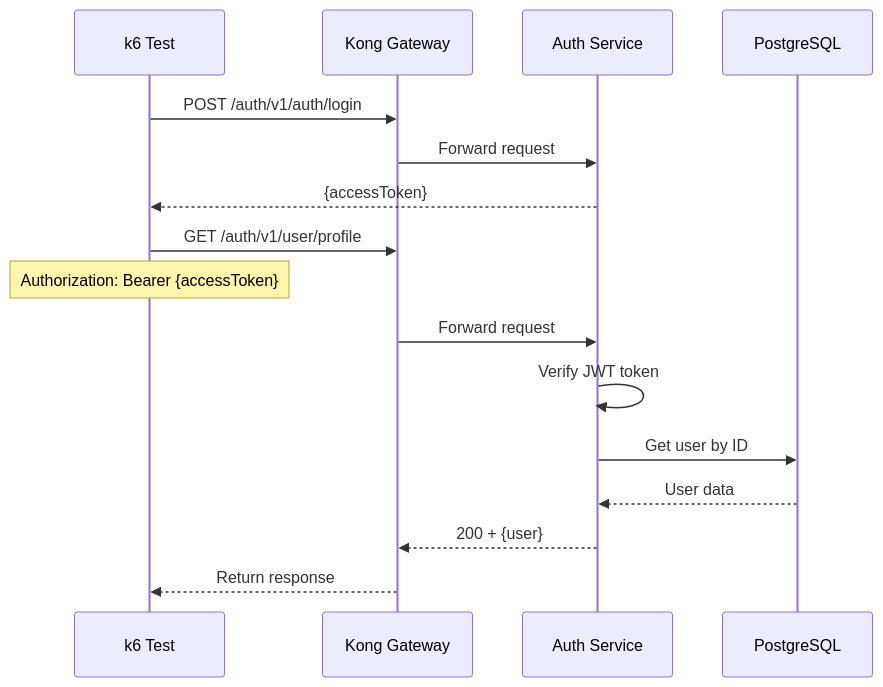
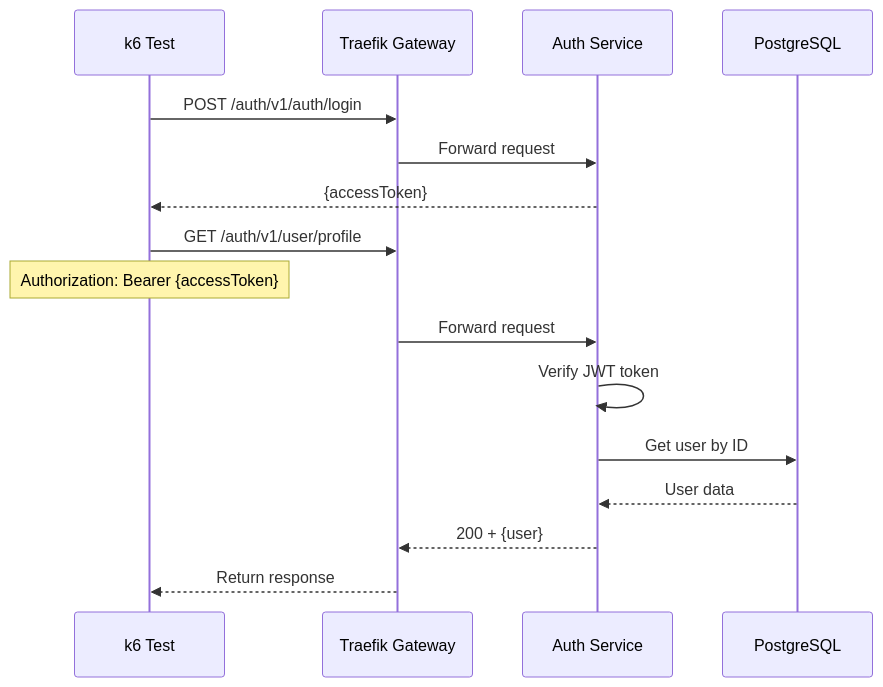
One commit to tinhthanh/nestjs-microservices changed the diagram in k6-tests/src/services/user/test-profile.md. Above: the diagram before and after it, drawn with Mermaid. The commit also changed 47 other files, not shown here.

````diff
--- a/k6-tests/src/services/user/test-profile.md
+++ b/k6-tests/src/services/user/test-profile.md
@@ -5,20 +5,20 @@
 ```mermaid
 sequenceDiagram
     participant K6 as k6 Test
-    participant Kong as Kong Gateway
+    participant Traefik as Traefik Gateway
     participant Auth as Auth Service
     participant DB as PostgreSQL
 
-    K6->>Kong: POST /auth/v1/auth/login
-    Kong->>Auth: Forward request
+    K6->>Traefik: POST /auth/v1/auth/login
+    Traefik->>Auth: Forward request
     Auth-->>K6: {accessToken}
     
-    K6->>Kong: GET /auth/v1/user/profile
+    K6->>Traefik: GET /auth/v1/user/profile
     Note over K6: Authorization: Bearer {accessToken}
-    Kong->>Auth: Forward request
+    Traefik->>Auth: Forward request
     Auth->>Auth: Verify JWT token
     Auth->>DB: Get user by ID
     DB-->>Auth: User data
-    Auth-->>Kong: 200 + {user}
-    Kong-->>K6: Return response
+    Auth-->>Traefik: 200 + {user}
+    Traefik-->>K6: Return response
 ```
````
